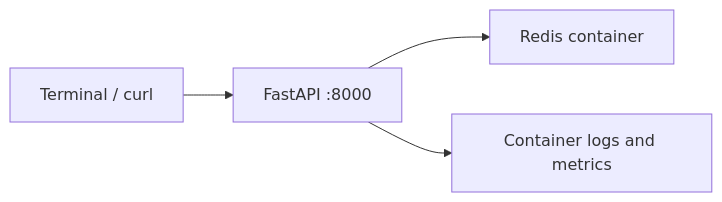
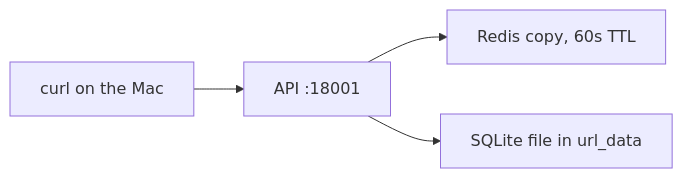
Before and after one commit to samperay/wiki: the first of 2 diagrams in docs/sysdesign/daily-architecture-lab/lesson-01-system-design-thinking.md, drawn with Mermaid. The commit also changed other lines of this file, not shown here.

````diff
--- a/docs/sysdesign/daily-architecture-lab/lesson-01-system-design-thinking.md
+++ b/docs/sysdesign/daily-architecture-lab/lesson-01-system-design-thinking.md
@@ -381,6 +63,6 @@
 ```mermaid
 flowchart LR
-  T["Terminal / curl"] --> A["FastAPI :8000"]
-  A --> D["Redis container"]
-  A --> O["Container logs and metrics"]
+  You["curl on the Mac"] --> API["API :18001"]
+  API --> Redis["Redis copy, 60s TTL"]
+  API --> DB["SQLite file in url_data"]
 ```
````
